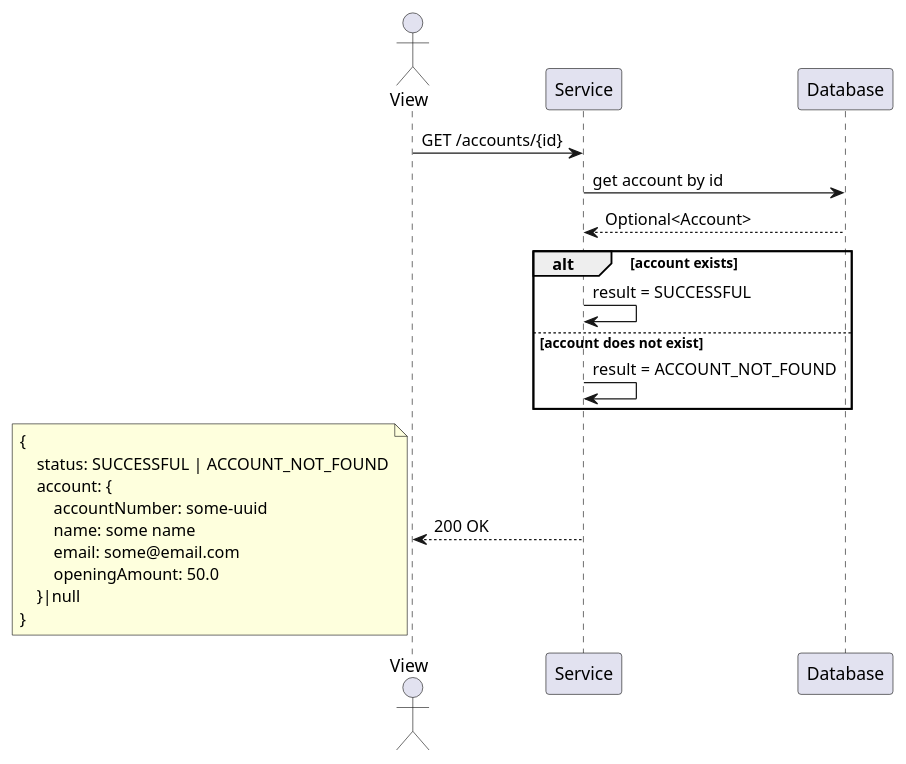
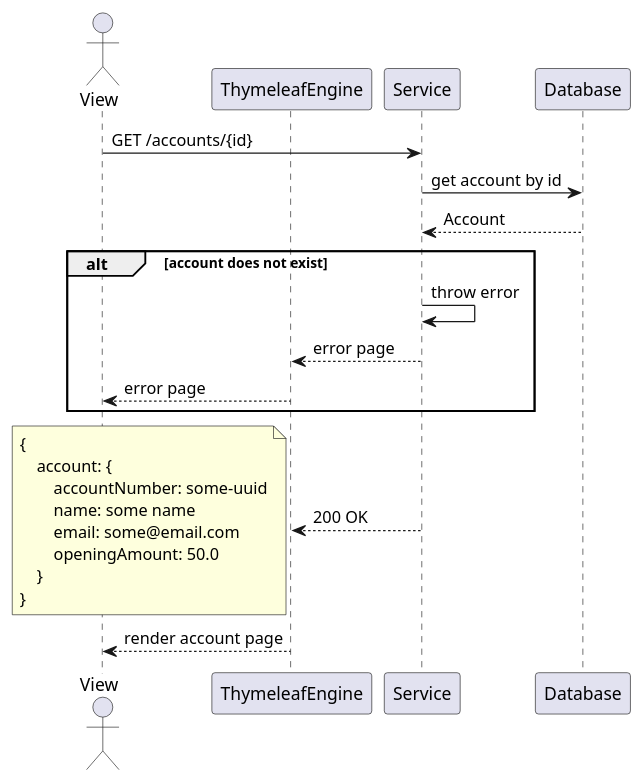
The diagram in documentation/sequence-diagrams/get-accounts.puml (driekeerJ/transaction-service), drawn with PlantUML before and after one commit. The commit also changed 11 other files, not shown here.

Commit message:
added transaction tests and updated diagrams

```diff
--- a/documentation/sequence-diagrams/get-accounts.puml
+++ b/documentation/sequence-diagrams/get-accounts.puml
@@ -1,26 +1,27 @@
 @startuml
 actor View as F
+participant ThymeleafEngine as T
 participant Service as S
 participant Database as DB
 
 F -> S: GET /accounts/{id}
 S -> DB: get account by id
-DB --> S: Optional<Account>
-alt account exists
-    S -> S: result = SUCCESSFUL
-else account does not exist
-    S -> S: result = ACCOUNT_NOT_FOUND
+DB --> S: Account
+alt account does not exist
+    S -> S: throw error
+    S --> T: error page
+    T --> F: error page
 end
-S --> F: 200 OK
+S --> T: 200 OK
 note left
 {
-    status: SUCCESSFUL | ACCOUNT_NOT_FOUND
     account: {
         accountNumber: some-uuid
         name: some name
         email: some@email.com
         openingAmount: 50.0
-    }|null
+    }
 }
 end note
+T --> F: render account page
 @enduml
```
